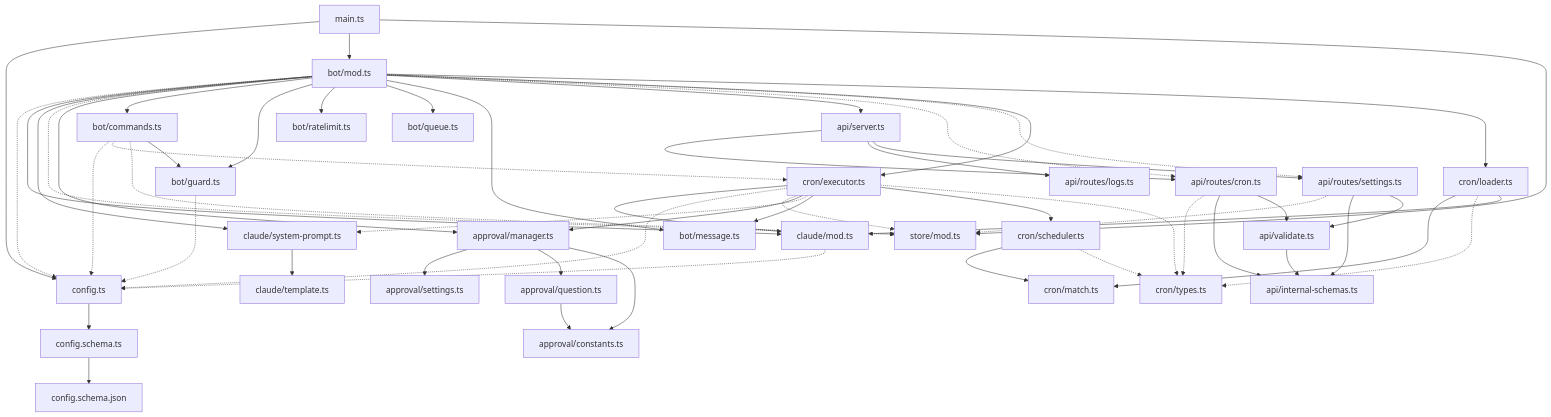
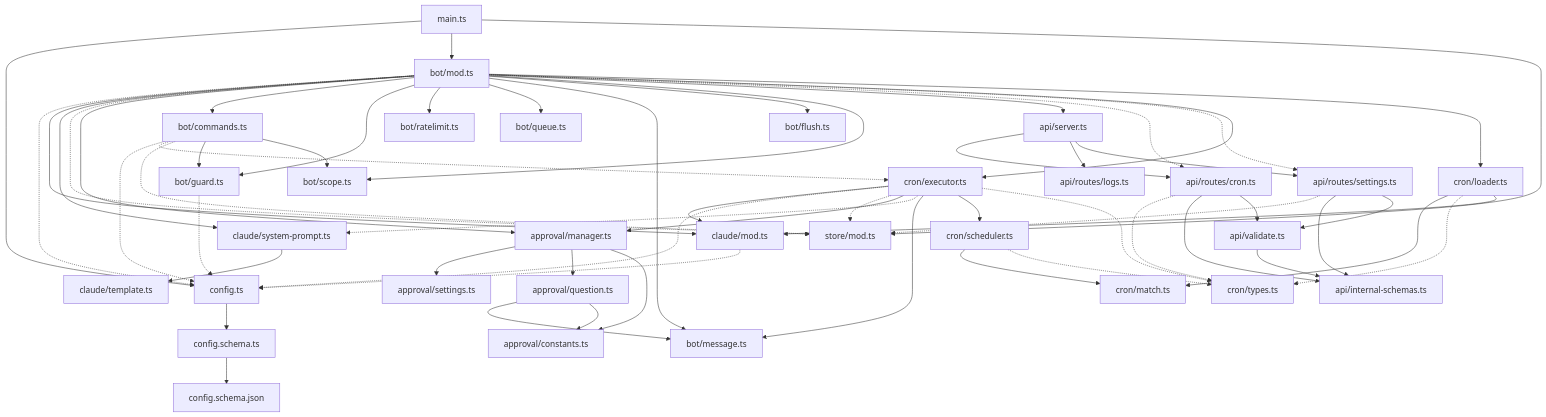
The second of 2 diagrams in docs/architecture/README.md (ansanloms/loms-claw), drawn with Mermaid before and after one commit. The commit also changed other lines of this file and 15 other files, not shown here.

```diff
--- a/docs/architecture/README.md
+++ b/docs/architecture/README.md
@@ -89,6 +89,8 @@
   message[bot/message.ts]
   queue[bot/queue.ts]
   ratelimit[bot/ratelimit.ts]
+  flush[bot/flush.ts]
+  scope[bot/scope.ts]
   claude[claude/mod.ts]
   sysprompt[claude/system-prompt.ts]
   template[claude/template.ts]
@@ -125,6 +127,8 @@
   botmod --> ratelimit
   botmod --> queue
   botmod --> message
+  botmod --> flush
+  botmod --> scope
   botmod --> server
   botmod -.-> rcron
   botmod -.-> rsettings
@@ -135,6 +139,7 @@
   commands -.-> executor
   commands -.-> store
   commands --> guard
+  commands --> scope
   guard -.-> config
 
   claude -.-> config
@@ -142,6 +147,7 @@
 
   approval --> asettings
   approval --> question
+  question --> message
   approval --> aconstants
   question --> aconstants
 
```
